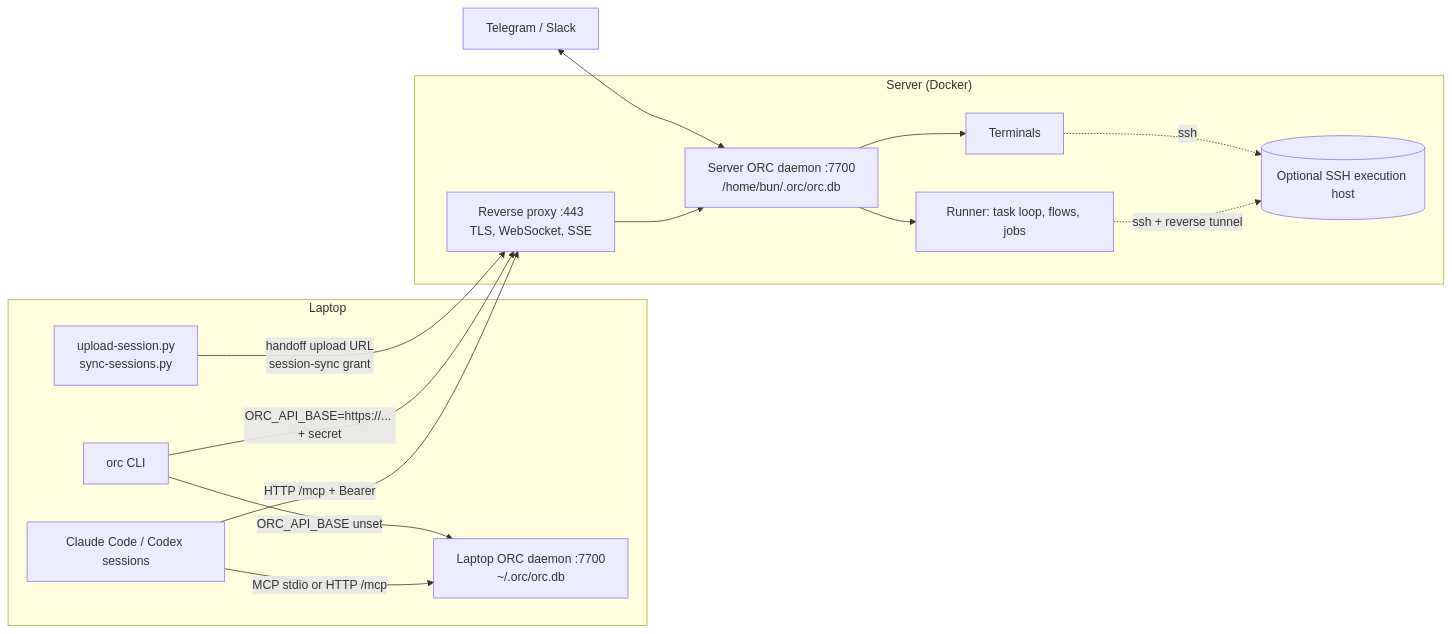
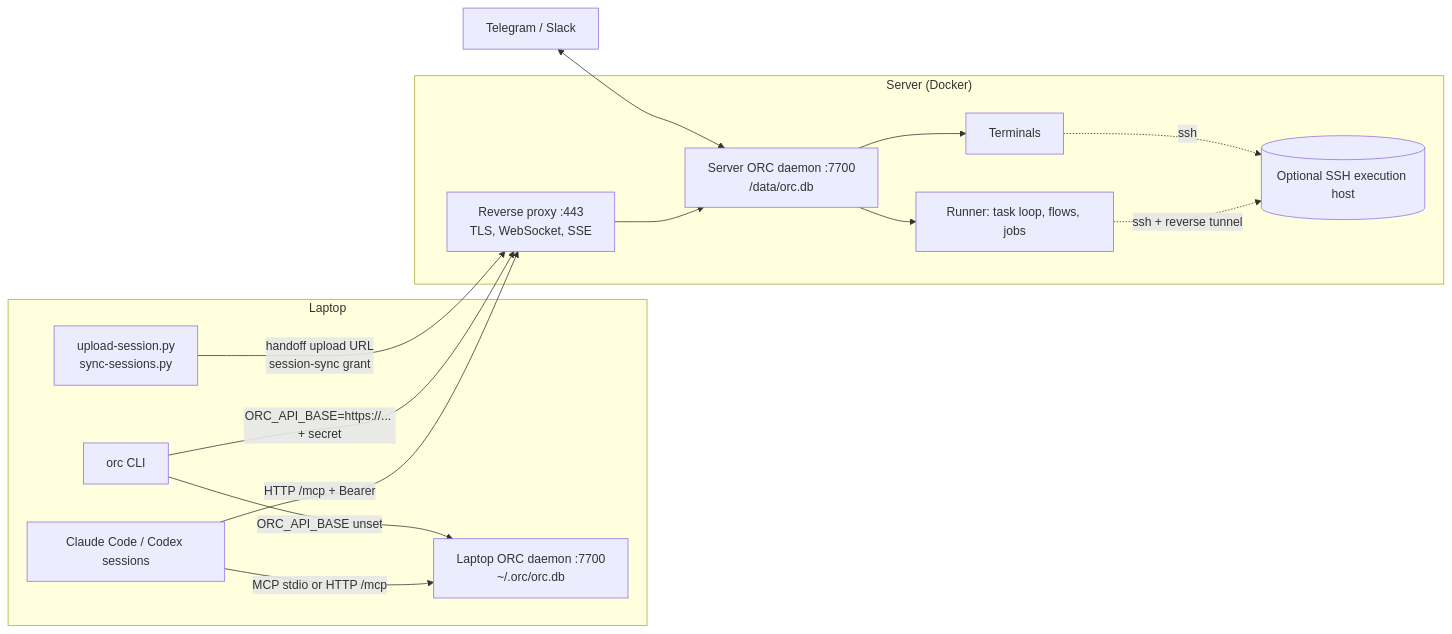
One commit to niradler/orc changed the diagram in docs/docs/self-hosted.md. Above: the diagram before and after it, drawn with Mermaid. The commit also changed other lines of this file and 17 other files, not shown here.

Commit message:
fix: make ORC_HOME the data root for DB, config, secret and logs (#177)

````diff
--- a/docs/docs/self-hosted.md
+++ b/docs/docs/self-hosted.md
@@ -17,31 +17,31 @@
 ```mermaid
 flowchart LR
   subgraph Laptop
     LA[Claude Code / Codex sessions]
     LCLI[orc CLI]
     LORC[Laptop ORC daemon :7700<br/>~/.orc/orc.db]
     UP[upload-session.py<br/>sync-sessions.py]
   end
 
   subgraph Server["Server (Docker)"]
     PX[Reverse proxy :443<br/>TLS, WebSocket, SSE]
-    CORC[Server ORC daemon :7700<br/>/home/bun/.orc/orc.db]
+    CORC[Server ORC daemon :7700<br/>/data/orc.db]
     RUN[Runner: task loop, flows, jobs]
     TERM[Terminals]
     SSH[(Optional SSH execution host)]
   end
 
   Phone[Telegram / Slack]
 
   LA -- "MCP stdio or HTTP /mcp" --> LORC
   LA -- "HTTP /mcp + Bearer" --> PX
   LCLI -- "ORC_API_BASE unset" --> LORC
   LCLI -- "ORC_API_BASE=https://... + secret" --> PX
   UP -- "handoff upload URL<br/>session-sync grant" --> PX
   PX --> CORC
   CORC --> RUN
   CORC --> TERM
   RUN -. "ssh + reverse tunnel" .-> SSH
   TERM -. "ssh" .-> SSH
   Phone <--> CORC
 ```
````
